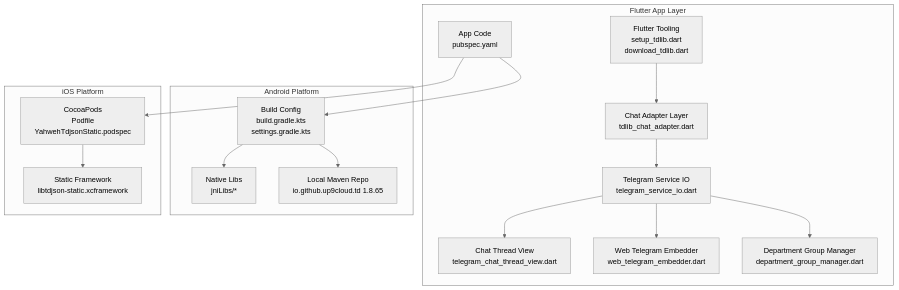
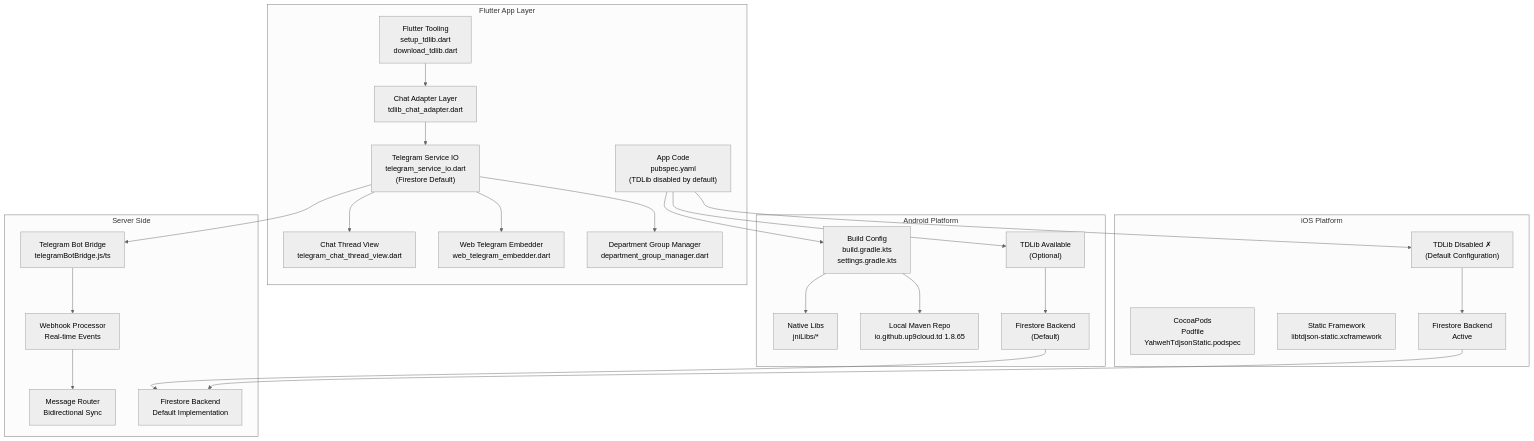
The first of 10 diagrams in .qoder/repowiki/en/content/Chat System/Telegram Integration (TDLIB).md (raihom-netizen/com.gestaoyahwehios.app), drawn with Mermaid (neutral theme) before and after one commit. The commit also changed other lines of this file and 161 other files, not shown here.

````diff
--- a/.qoder/repowiki/en/content/Chat System/Telegram Integration (TDLIB).md
+++ b/.qoder/repowiki/en/content/Chat System/Telegram Integration (TDLIB).md
@@ -65,31 +72,48 @@
 ```mermaid
 graph TB
 subgraph "Flutter App Layer"
 A["Flutter Tooling<br/>setup_tdlib.dart<br/>download_tdlib.dart"]
-B["App Code<br/>pubspec.yaml"]
+B["App Code<br/>pubspec.yaml<br/>(TDLib disabled by default)"]
 C["Chat Adapter Layer<br/>tdlib_chat_adapter.dart"]
-D["Telegram Service IO<br/>telegram_service_io.dart"]
+D["Telegram Service IO<br/>telegram_service_io.dart<br/>(Firestore Default)"]
 E["Chat Thread View<br/>telegram_chat_thread_view.dart"]
 F["Web Telegram Embedder<br/>web_telegram_embedder.dart"]
 G["Department Group Manager<br/>department_group_manager.dart"]
 end
+subgraph "Server Side"
+H["Telegram Bot Bridge<br/>telegramBotBridge.js/ts"]
+I["Webhook Processor<br/>Real-time Events"]
+J["Message Router<br/>Bidirectional Sync"]
+K["Firestore Backend<br/>Default Implementation"]
+end
 subgraph "Android Platform"
-H["Build Config<br/>build.gradle.kts<br/>settings.gradle.kts"]
-I["Native Libs<br/>jniLibs/*"]
-J["Local Maven Repo<br/>io.github.up9cloud.td 1.8.65"]
+L["Build Config<br/>build.gradle.kts<br/>settings.gradle.kts"]
+M["Native Libs<br/>jniLibs/*"]
+N["Local Maven Repo<br/>io.github.up9cloud.td 1.8.65"]
+O["TDLib Available<br/>(Optional)"]
+P["Firestore Backend<br/>(Default)"]
 end
 subgraph "iOS Platform"
-K["CocoaPods<br/>Podfile<br/>YahwehTdjsonStatic.podspec"]
-L["Static Framework<br/>libtdjson-static.xcframework"]
+Q["CocoaPods<br/>Podfile<br/>YahwehTdjsonStatic.podspec"]
+R["Static Framework<br/>libtdjson-static.xcframework"]
+S["TDLib Disabled ✗<br/>(Default Configuration)"]
+T["Firestore Backend<br/>Active"]
 end
 A --> C
 C --> D
 D --> E
 D --> F
 D --> G
-B --> H
-B --> K
+D --> H
 H --> I
-H --> J
-K --> L
+I --> J
+B --> L
+B --> O
+B --> S
+L --> M
+L --> N
+O --> P
+S --> T
+P --> K
+T --> K
 ```
````
